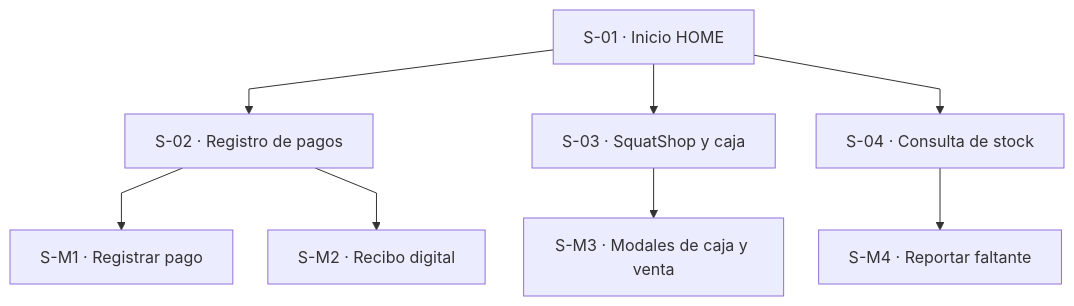
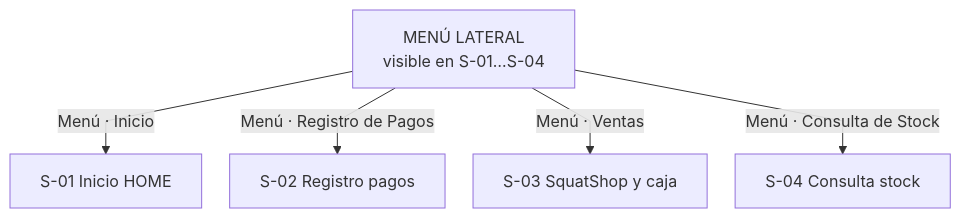
Before and after one commit to julioacostapallud/tss: the third of 5 diagrams in docs/diagrama-navegacion.md, drawn with Mermaid. The commit also changed other lines of this file, not shown here.

First line of the commit message:
docs: rehacer mapa de navegación con menú como eje principal

````diff
--- a/docs/diagrama-navegacion.md
+++ b/docs/diagrama-navegacion.md
@@ -164,14 +210,10 @@
 ```mermaid
-%%{init: {'flowchart': {'curve': 'linear', 'nodeSpacing': 35, 'rankSpacing': 50}}}%%
+%%{init: {'flowchart': {'curve': 'linear', 'nodeSpacing': 28, 'rankSpacing': 42}}}%%
 flowchart TD
-  S01["S-01 · Inicio HOME"]
+  MENU["MENÚ LATERAL<br/>visible en S-01…S-04"]
 
-  S01 --> S02["S-02 · Registro de pagos"]
-  S01 --> S03["S-03 · SquatShop y caja"]
-  S01 --> S04["S-04 · Consulta de stock"]
-
-  S02 --> SM1["S-M1 · Registrar pago"]
-  S02 --> SM2["S-M2 · Recibo digital"]
-  S03 --> SM3["S-M3 · Modales de caja y venta"]
-  S04 --> SM4["S-M4 · Reportar faltante"]
+  MENU -->|Menú · Inicio| S01["S-01 Inicio HOME"]
+  MENU -->|Menú · Registro de Pagos| S02["S-02 Registro pagos"]
+  MENU -->|Menú · Ventas| S03["S-03 SquatShop y caja"]
+  MENU -->|Menú · Consulta de Stock| S04["S-04 Consulta stock"]
 ```
````
